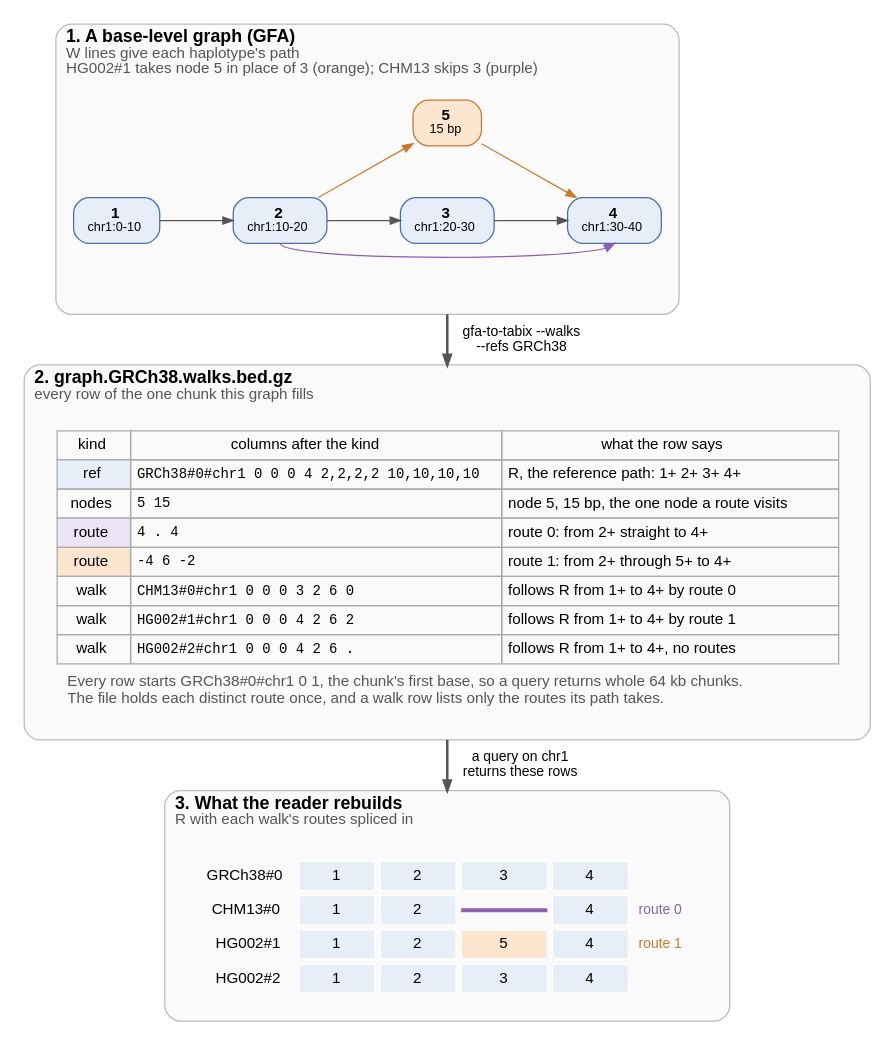
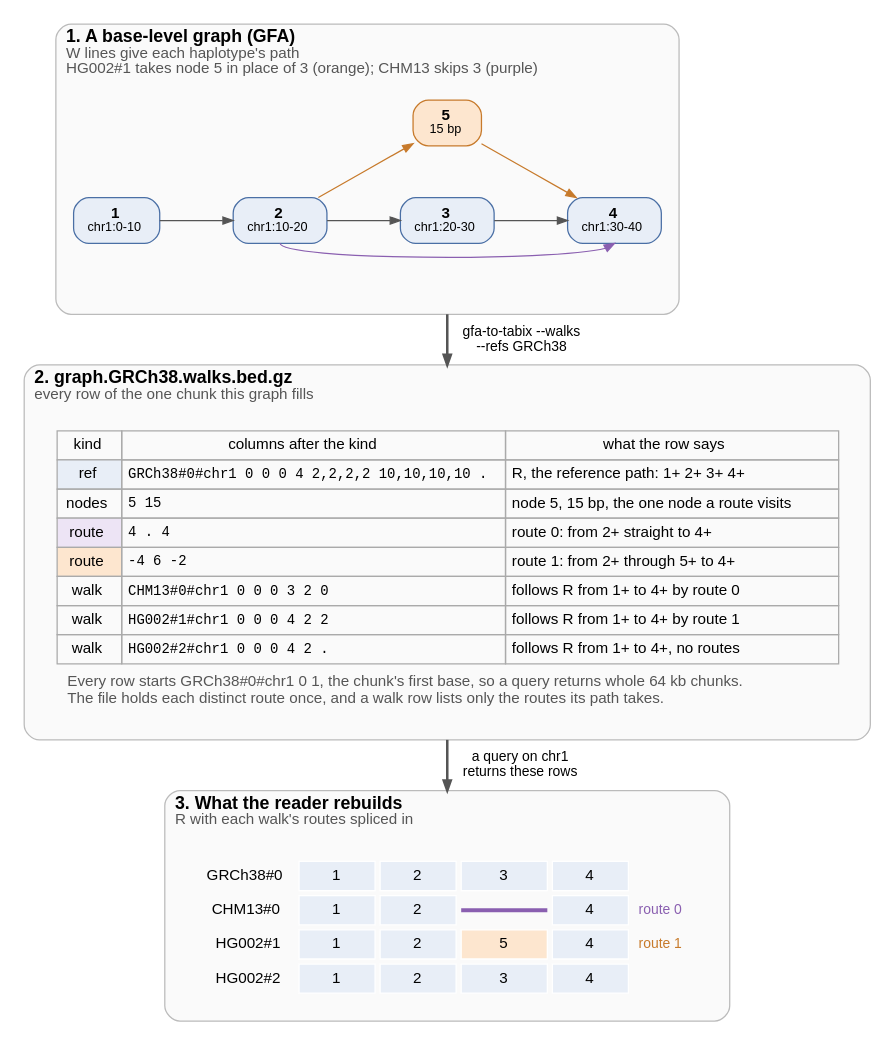
One commit to GMOD/gfa-to-tabix changed the diagram in docs/figures/walks-detail.dot. Above: the diagram before and after it, drawn with Graphviz. The commit also changed 3 other files, not shown here.

Commit message:
figures.py decodes format 6 walk rows by nsteps; the walk figure redrawn

```diff
--- a/docs/figures/walks-detail.dot
+++ b/docs/figures/walks-detail.dot
@@ -1,74 +1,74 @@
 // scripts/figures.py fills the marked rows from the tool's output and draws this figure
 digraph walks {
   bgcolor="white"
   fontname="Helvetica"
   newrank=true
   compound=true
   nodesep=0.4
   ranksep=0.55
   node [fontname="Helvetica", fontsize=12, shape=box, style="filled,rounded", fillcolor="#e8eef7", color="#4a6fa5", margin="0.15,0.06"]
   edge [fontname="Helvetica", fontsize=11, color="#555555", arrowsize=0.8]
 
   subgraph {
     graph [labeljust=l, fontsize=14, color="#bbbbbb", style="rounded,filled", fillcolor="#fafafa", margin=14]
 
     subgraph cluster_graph {
       label=<<B>1. A base-level graph (GFA)</B><BR ALIGN="LEFT"/><FONT POINT-SIZE="12" COLOR="#555555">W lines give each haplotype's path</FONT><BR ALIGN="LEFT"/><FONT POINT-SIZE="12" COLOR="#555555">HG002#1 takes node 5 in place of 3 (orange); CHM13 skips 3 (purple)</FONT><BR ALIGN="LEFT"/>>
       // begin graph
       n1 [label=<<B>1</B><BR/><FONT POINT-SIZE="10">chr1:0-10</FONT>>]
       n2 [label=<<B>2</B><BR/><FONT POINT-SIZE="10">chr1:10-20</FONT>>]
       n3 [label=<<B>3</B><BR/><FONT POINT-SIZE="10">chr1:20-30</FONT>>]
       n4 [label=<<B>4</B><BR/><FONT POINT-SIZE="10">chr1:30-40</FONT>>]
       n5 [label=<<B>5</B><BR/><FONT POINT-SIZE="10">15 bp</FONT>>, fillcolor="#fde6cf", color="#c77a2b"]
       {rank=same; n1; n2; n3; n4}
       n1 -> n2 [weight=20]
       n2 -> n3 [weight=20]
       n3 -> n4 [weight=20]
       n2 -> n5 [color="#c77a2b", constraint=false]
       n5 -> n4 [color="#c77a2b", constraint=false]
       n2:s -> n4:s [color="#8a5fb0", constraint=false]
       n5 -> n3 [style=invis, weight=20]
       nbelow [style=invis, label="", width=0, height=0]
       n3 -> nbelow [style=invis]
       // end graph
     }
 
     subgraph cluster_file {
       label=<<B>2. graph.GRCh38.walks.bed.gz</B><BR ALIGN="LEFT"/><FONT POINT-SIZE="12" COLOR="#555555">every row of the one chunk this graph fills</FONT><BR ALIGN="LEFT"/>>
       rows [shape=plaintext, style="", label=<
         <TABLE BORDER="0" CELLBORDER="1" CELLSPACING="0" CELLPADDING="4" COLOR="#aaaaaa">
           <TR BGCOLOR="#dddddd"><TD>kind</TD><TD>columns after the kind</TD><TD>what the row says</TD></TR>
           <!-- begin rows -->
-          <TR><TD BGCOLOR="#e8eef7">ref</TD><TD ALIGN="LEFT"><FONT FACE="Courier" POINT-SIZE="11">GRCh38#0#chr1 0 0 0 4 2,2,2,2 10,10,10,10</FONT></TD><TD ALIGN="LEFT">R, the reference path: 1+ 2+ 3+ 4+</TD></TR>
+          <TR><TD BGCOLOR="#e8eef7">ref</TD><TD ALIGN="LEFT"><FONT FACE="Courier" POINT-SIZE="11">GRCh38#0#chr1 0 0 0 4 2,2,2,2 10,10,10,10 .</FONT></TD><TD ALIGN="LEFT">R, the reference path: 1+ 2+ 3+ 4+</TD></TR>
           <TR><TD>nodes</TD><TD ALIGN="LEFT"><FONT FACE="Courier" POINT-SIZE="11">5 15</FONT></TD><TD ALIGN="LEFT">node 5, 15 bp, the one node a route visits</TD></TR>
           <TR><TD BGCOLOR="#ede4f5">route</TD><TD ALIGN="LEFT"><FONT FACE="Courier" POINT-SIZE="11">4 . 4</FONT></TD><TD ALIGN="LEFT">route 0: from 2+ straight to 4+</TD></TR>
           <TR><TD BGCOLOR="#fde6cf">route</TD><TD ALIGN="LEFT"><FONT FACE="Courier" POINT-SIZE="11">-4 6 -2</FONT></TD><TD ALIGN="LEFT">route 1: from 2+ through 5+ to 4+</TD></TR>
-          <TR><TD>walk</TD><TD ALIGN="LEFT"><FONT FACE="Courier" POINT-SIZE="11">CHM13#0#chr1 0 0 0 3 2 6 0</FONT></TD><TD ALIGN="LEFT">follows R from 1+ to 4+ by route 0</TD></TR>
-          <TR><TD>walk</TD><TD ALIGN="LEFT"><FONT FACE="Courier" POINT-SIZE="11">HG002#1#chr1 0 0 0 4 2 6 2</FONT></TD><TD ALIGN="LEFT">follows R from 1+ to 4+ by route 1</TD></TR>
-          <TR><TD>walk</TD><TD ALIGN="LEFT"><FONT FACE="Courier" POINT-SIZE="11">HG002#2#chr1 0 0 0 4 2 6 .</FONT></TD><TD ALIGN="LEFT">follows R from 1+ to 4+, no routes</TD></TR>
+          <TR><TD>walk</TD><TD ALIGN="LEFT"><FONT FACE="Courier" POINT-SIZE="11">CHM13#0#chr1 0 0 0 3 2 0</FONT></TD><TD ALIGN="LEFT">follows R from 1+ to 4+ by route 0</TD></TR>
+          <TR><TD>walk</TD><TD ALIGN="LEFT"><FONT FACE="Courier" POINT-SIZE="11">HG002#1#chr1 0 0 0 4 2 2</FONT></TD><TD ALIGN="LEFT">follows R from 1+ to 4+ by route 1</TD></TR>
+          <TR><TD>walk</TD><TD ALIGN="LEFT"><FONT FACE="Courier" POINT-SIZE="11">HG002#2#chr1 0 0 0 4 2 .</FONT></TD><TD ALIGN="LEFT">follows R from 1+ to 4+, no routes</TD></TR>
           <!-- end rows -->
           <!-- begin caption -->
           <TR><TD BORDER="0" CELLPADDING="8" COLSPAN="3" ALIGN="LEFT" BALIGN="LEFT"><FONT POINT-SIZE="12" COLOR="#555555">Every row starts GRCh38#0#chr1 0 1, the chunk's first base, so a query returns whole 64 kb chunks.<BR/>The file holds each distinct route once, and a walk row lists only the routes its path takes.</FONT></TD></TR>
           <!-- end caption -->
         </TABLE>>]
     }
 
     subgraph cluster_rebuilt {
       label=<<B>3. What the reader rebuilds</B><BR ALIGN="LEFT"/><FONT POINT-SIZE="12" COLOR="#555555">R with each walk's routes spliced in</FONT><BR ALIGN="LEFT"/>>
       rebuilt [shape=plaintext, style="", label=<
         <TABLE BORDER="0" CELLBORDER="1" CELLSPACING="4" CELLPADDING="4" COLOR="#ffffff">
           <!-- begin rebuilt -->
           <TR><TD BORDER="0" ALIGN="RIGHT">GRCh38#0</TD><TD WIDTH="60" BGCOLOR="#e8eef7">1</TD><TD WIDTH="60" BGCOLOR="#e8eef7">2</TD><TD WIDTH="60" BGCOLOR="#e8eef7">3</TD><TD WIDTH="60" BGCOLOR="#e8eef7">4</TD><TD BORDER="0" ALIGN="LEFT"></TD></TR>
           <TR><TD BORDER="0" ALIGN="RIGHT">CHM13#0</TD><TD BGCOLOR="#e8eef7">1</TD><TD BGCOLOR="#e8eef7">2</TD><TD BORDER="0" CELLPADDING="0"><TABLE BORDER="0" CELLSPACING="0" CELLPADDING="0"><TR><TD FIXEDSIZE="TRUE" HEIGHT="3" WIDTH="68" BGCOLOR="#8a5fb0"></TD></TR></TABLE></TD><TD BGCOLOR="#e8eef7">4</TD><TD BORDER="0" ALIGN="LEFT"><FONT POINT-SIZE="11" COLOR="#8a5fb0">route 0</FONT></TD></TR>
           <TR><TD BORDER="0" ALIGN="RIGHT">HG002#1</TD><TD BGCOLOR="#e8eef7">1</TD><TD BGCOLOR="#e8eef7">2</TD><TD BGCOLOR="#fde6cf">5</TD><TD BGCOLOR="#e8eef7">4</TD><TD BORDER="0" ALIGN="LEFT"><FONT POINT-SIZE="11" COLOR="#c77a2b">route 1</FONT></TD></TR>
           <TR><TD BORDER="0" ALIGN="RIGHT">HG002#2</TD><TD BGCOLOR="#e8eef7">1</TD><TD BGCOLOR="#e8eef7">2</TD><TD BGCOLOR="#e8eef7">3</TD><TD BGCOLOR="#e8eef7">4</TD><TD BORDER="0" ALIGN="LEFT"></TD></TR>
           <!-- end rebuilt -->
         </TABLE>>]
     }
   }
 
   // begin arrows
   nbelow -> rows [ltail=cluster_graph, lhead=cluster_file, label="  gfa-to-tabix --walks\n  --refs GRCh38", penwidth=2]
   rows -> rebuilt [ltail=cluster_file, lhead=cluster_rebuilt, label="  a query on chr1\n  returns these rows", penwidth=2]
   // end arrows
 }
```
